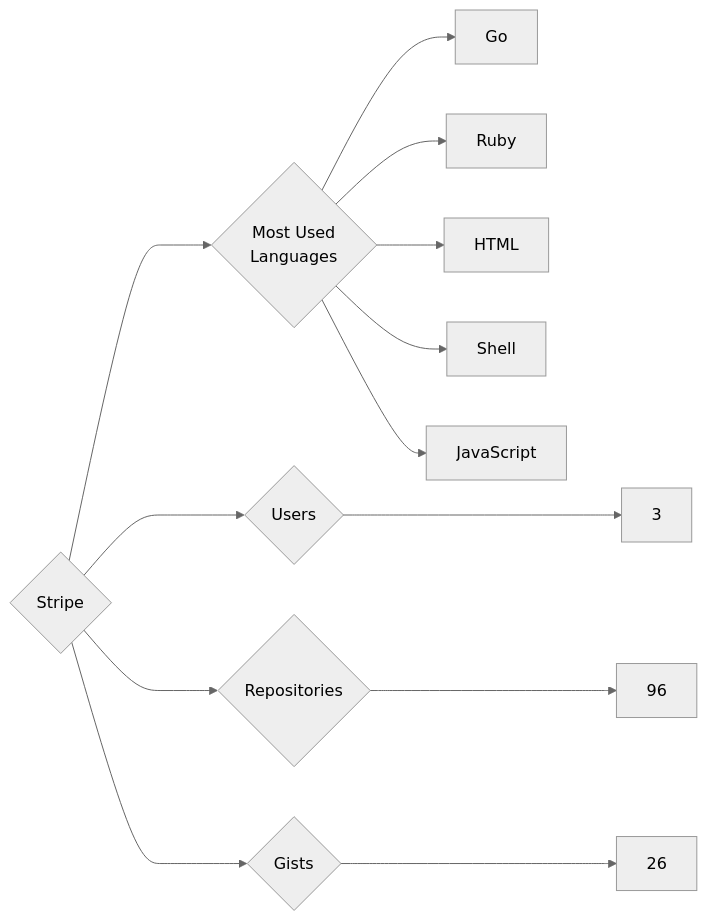
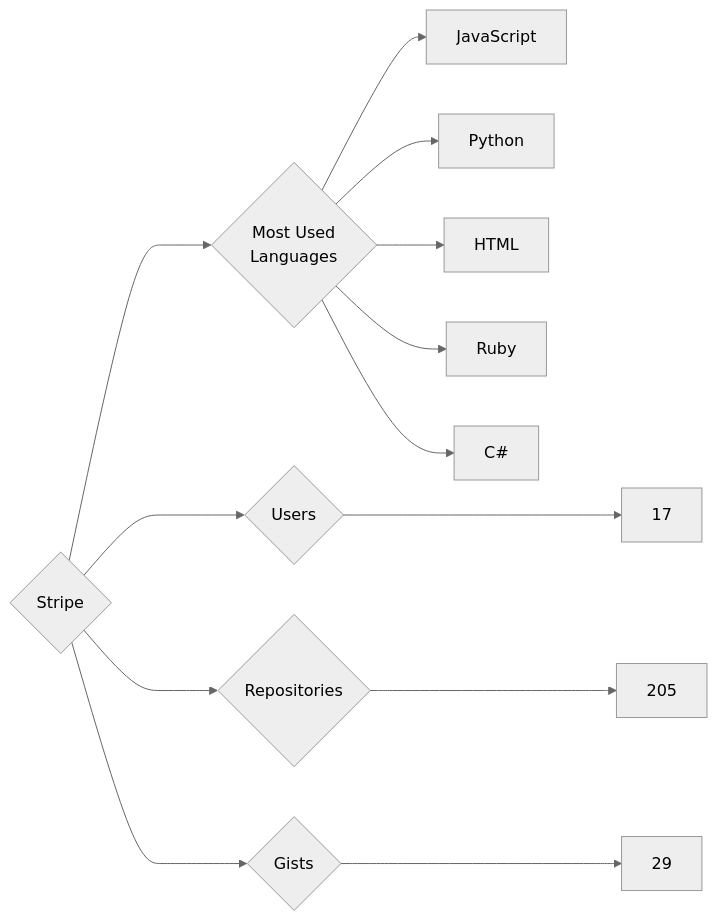
The diagram in targets/Stripe/README.md (trickest/insiders), drawn with Mermaid (neutral theme) before and after one commit. The commit also changed 976 other files, not shown here.

````diff
--- a/targets/Stripe/README.md
+++ b/targets/Stripe/README.md
@@ -3,13 +3,13 @@
 ```mermaid
 graph LR
 COMPANY_NAME{Stripe}
-COMPANY_NAME ---> U{Users} ---> UN[3]
-COMPANY_NAME ---> R{Repositories} ---> RN[96]
-COMPANY_NAME ---> G{Gists} ---> GN[26]
+COMPANY_NAME ---> U{Users} ---> UN[17]
+COMPANY_NAME ---> R{Repositories} ---> RN[205]
+COMPANY_NAME ---> G{Gists} ---> GN[29]
 COMPANY_NAME ---> ML{Most Used<br>Languages}
-ML --> Go[Go]
+ML --> JavaScript[JavaScript]
+ML --> Python[Python]
+ML --> HTML[HTML]
 ML --> Ruby[Ruby]
-ML --> HTML[HTML]
-ML --> Shell[Shell]
-ML --> JavaScript[JavaScript]
+ML --> C#[C#]
 ```
````
